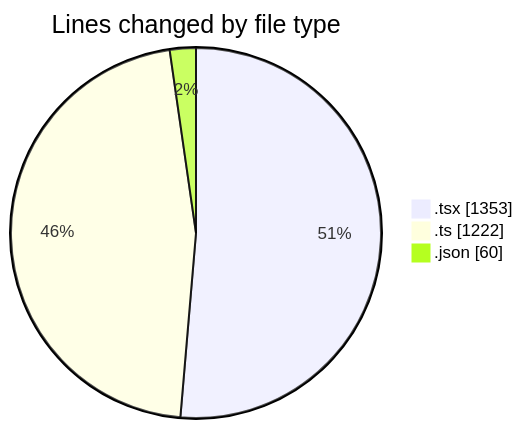
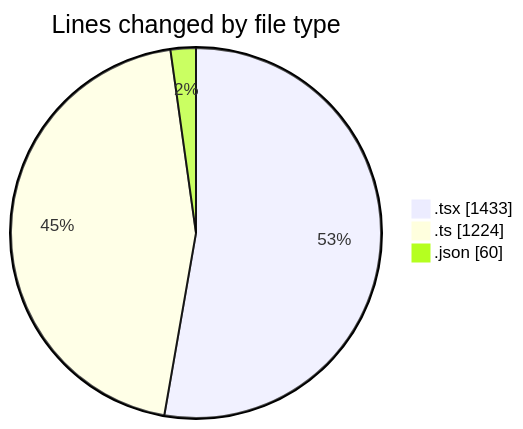
The first of 2 diagrams in 2026-04-20/airfeed-analytics-dashboard/README.md (nxtqubesakshisongat/code-tracking), drawn with Mermaid before and after one commit. The commit also changed other lines of this file and 1 other file, not shown here.

````diff
--- a/2026-04-20/airfeed-analytics-dashboard/README.md
+++ b/2026-04-20/airfeed-analytics-dashboard/README.md
@@ -31,7 +31,7 @@
 ```mermaid
 pie showData
 title Lines changed by file type
-".tsx" : 1353
-".ts" : 1222
+".tsx" : 1433
+".ts" : 1224
 ".json" : 60
 ```
````
